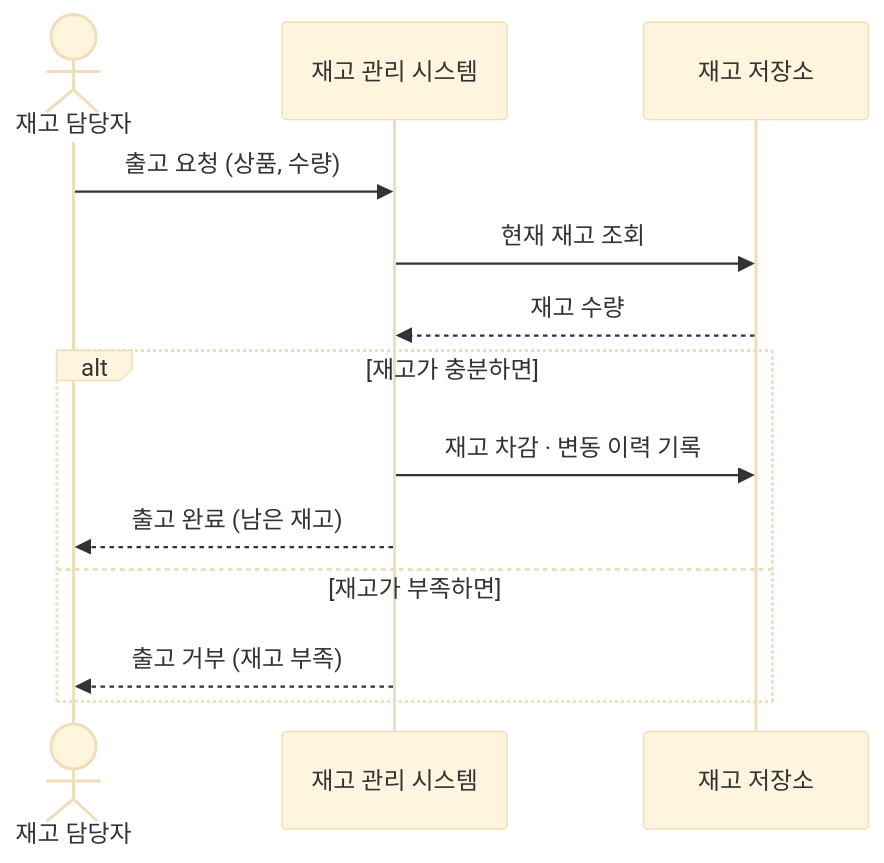
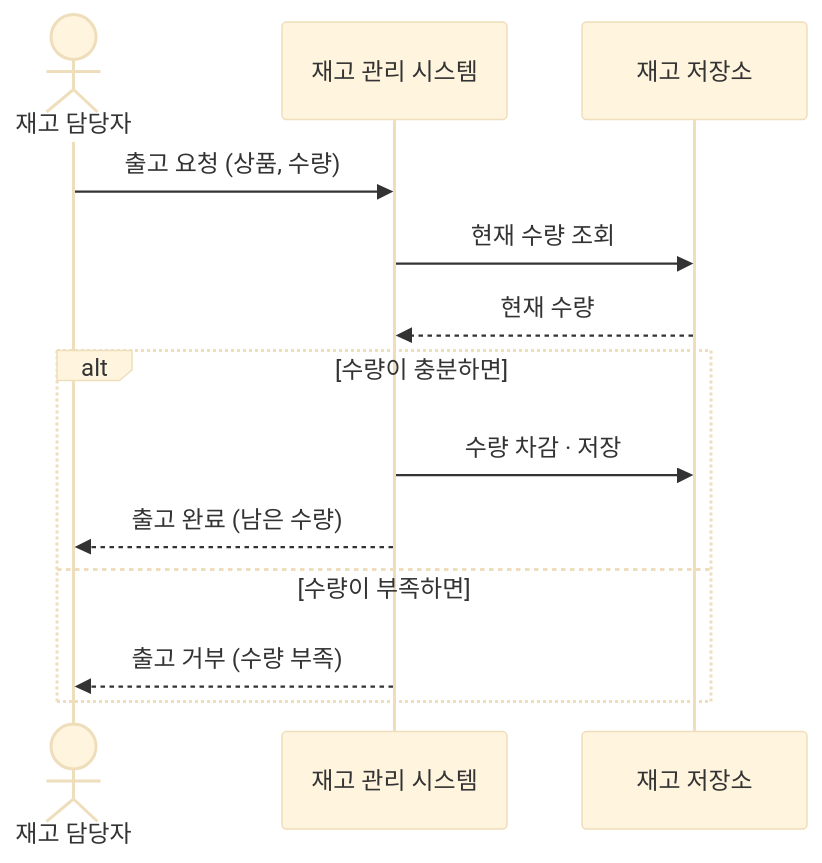
The first of 2 diagrams in docs/modeling/scenarios.md (JuJin1324/assignment-inventory-management), drawn with Mermaid (base theme) before and after one commit. The commit also changed other lines of this file and 4 other files, not shown here.

````diff
--- a/docs/modeling/scenarios.md
+++ b/docs/modeling/scenarios.md
@@ -15,16 +15,16 @@
 ```mermaid
 sequenceDiagram
     actor Staff as 재고 담당자
     participant System as 재고 관리 시스템
     participant Store as 재고 저장소
 
     Staff->>System: 출고 요청 (상품, 수량)
-    System->>Store: 현재 재고 조회
-    Store-->>System: 재고 수량
-    alt 재고가 충분하면
-        System->>Store: 재고 차감 · 변동 이력 기록
-        System-->>Staff: 출고 완료 (남은 재고)
-    else 재고가 부족하면
-        System-->>Staff: 출고 거부 (재고 부족)
+    System->>Store: 현재 수량 조회
+    Store-->>System: 현재 수량
+    alt 수량이 충분하면
+        System->>Store: 수량 차감 · 저장
+        System-->>Staff: 출고 완료 (남은 수량)
+    else 수량이 부족하면
+        System-->>Staff: 출고 거부 (수량 부족)
     end
 ```
````
